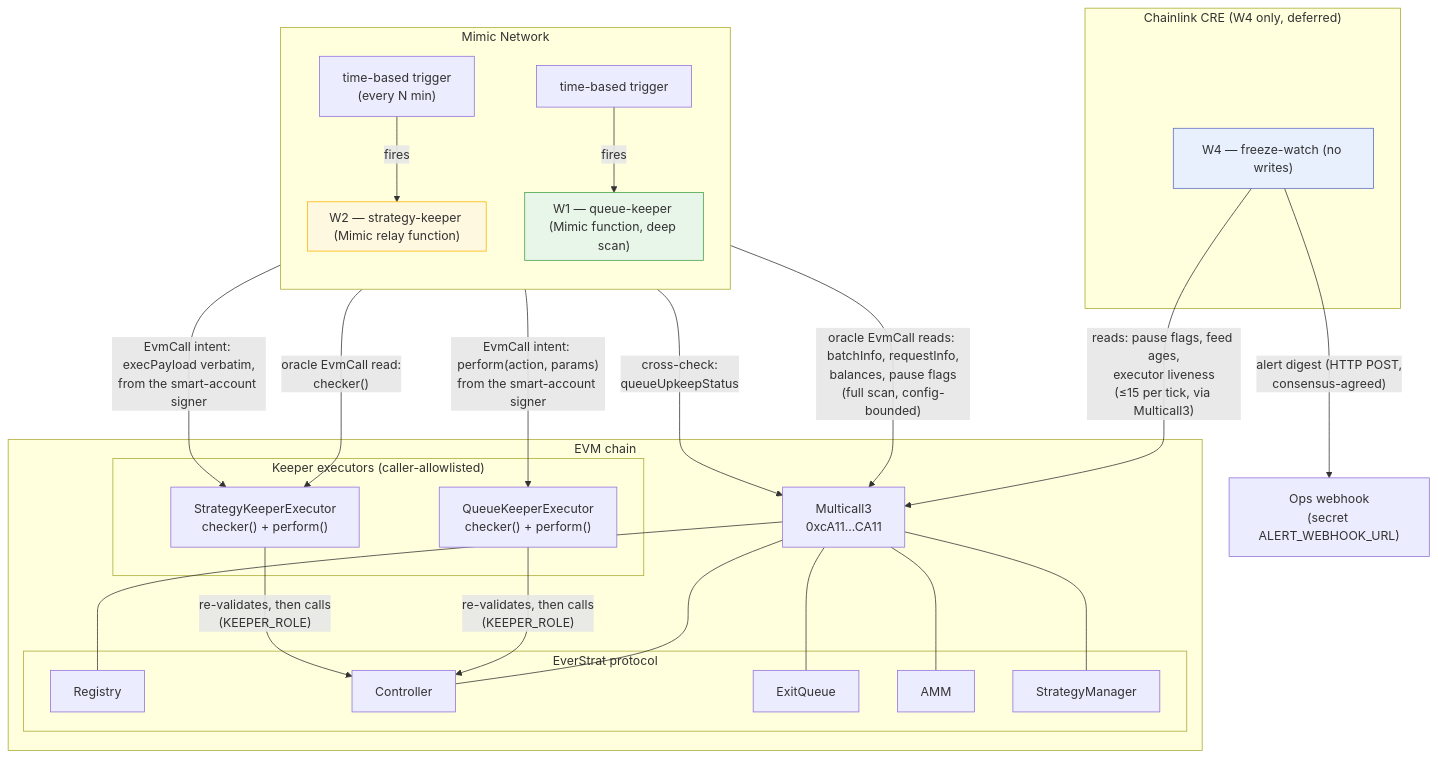
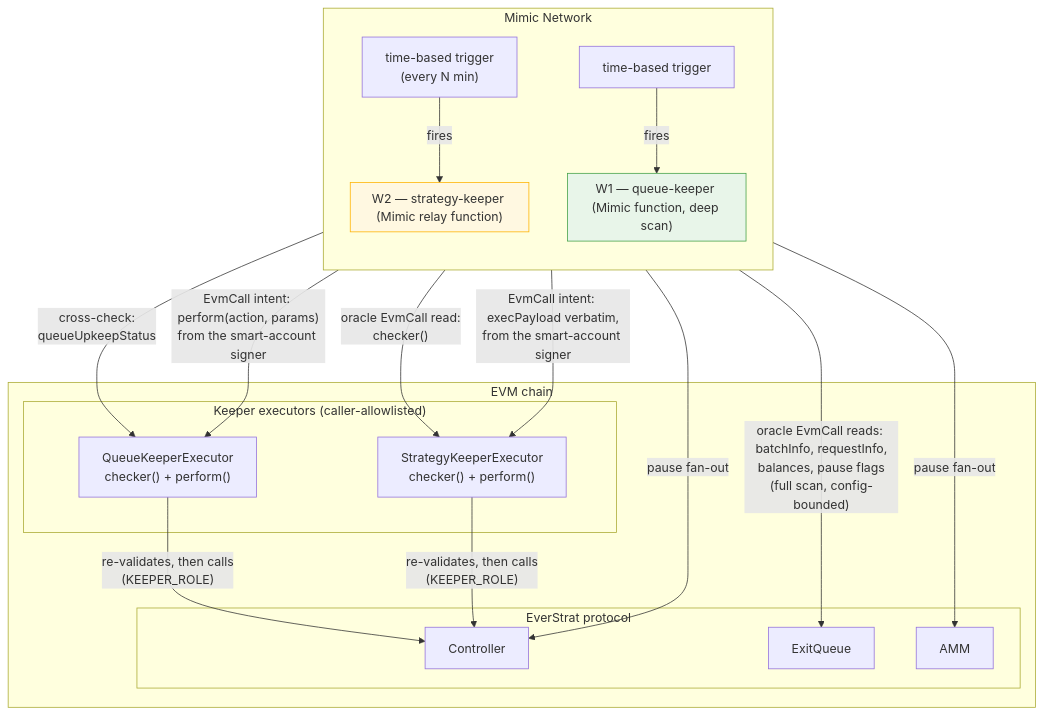
One commit to everstrat-xyz/keepers changed the first of 2 diagrams in blueprints/01-system-overview.md. Above: the diagram before and after it, drawn with Mermaid. The commit also changed other lines of this file and 56 other files, not shown here.

````diff
--- a/blueprints/01-system-overview.md
+++ b/blueprints/01-system-overview.md
@@ -13,58 +13,44 @@
 ```mermaid
 flowchart TB
     subgraph MIMIC["Mimic Network"]
         direction TB
         T1["time-based trigger"]
         T2["time-based trigger<br/>(every N min)"]
 
         subgraph W1["W1 — queue-keeper (Mimic function, deep scan)"]
         end
 
         subgraph W2["W2 — strategy-keeper (Mimic relay function)"]
         end
     end
 
-    subgraph CRE["Chainlink CRE (W4 only, deferred)"]
-        W4["W4 — freeze-watch (no writes)"]
-    end
-
     subgraph CHAIN["EVM chain"]
-        MC["Multicall3<br/>0xcA11...CA11"]
-
         subgraph PROTOCOL["EverStrat protocol"]
-            REG["Registry"]
             CTRL["Controller"]
             EQ["ExitQueue"]
             AMM["AMM"]
-            SM["StrategyManager"]
         end
 
         subgraph EXEC["Keeper executors (caller-allowlisted)"]
             QX["QueueKeeperExecutor<br/>checker() + perform()"]
             SX["StrategyKeeperExecutor<br/>checker() + perform()"]
         end
     end
 
-    WEBHOOK["Ops webhook<br/>(secret ALERT_WEBHOOK_URL)"]
-
     T1 -- fires --> W1
     T2 -- fires --> W2
 
-    W1 -- "oracle EvmCall reads: batchInfo, requestInfo,<br/>balances, pause flags<br/>(full scan, config-bounded)" --> MC
-    W1 -- "cross-check:<br/>queueUpkeepStatus" --> MC
+    W1 -- "oracle EvmCall reads: batchInfo, requestInfo,<br/>balances, pause flags<br/>(full scan, config-bounded)" --> EQ
+    W1 -- "pause fan-out" --> CTRL & AMM
+    W1 -- "cross-check:<br/>queueUpkeepStatus" --> QX
     W2 -- "oracle EvmCall read:<br/>checker()" --> SX
-    W4 -- "reads: pause flags, feed ages,<br/>executor liveness<br/>(≤15 per tick, via Multicall3)" --> MC
-    MC --- REG & CTRL & EQ & AMM & SM
 
     W1 -- "EvmCall intent: perform(action, params)<br/>from the smart-account signer" --> QX
     W2 -- "EvmCall intent: execPayload verbatim,<br/>from the smart-account signer" --> SX
 
     QX -- "re-validates, then calls<br/>(KEEPER_ROLE)" --> CTRL
     SX -- "re-validates, then calls<br/>(KEEPER_ROLE)" --> CTRL
 
-    W4 -- "alert digest (HTTP POST,<br/>consensus-agreed)" --> WEBHOOK
-
-    style W4 fill:#e8f0fe,stroke:#5c6bc0
     style W1 fill:#e8f5e9,stroke:#43a047
     style W2 fill:#fff8e1,stroke:#ffb300
 ```
````
